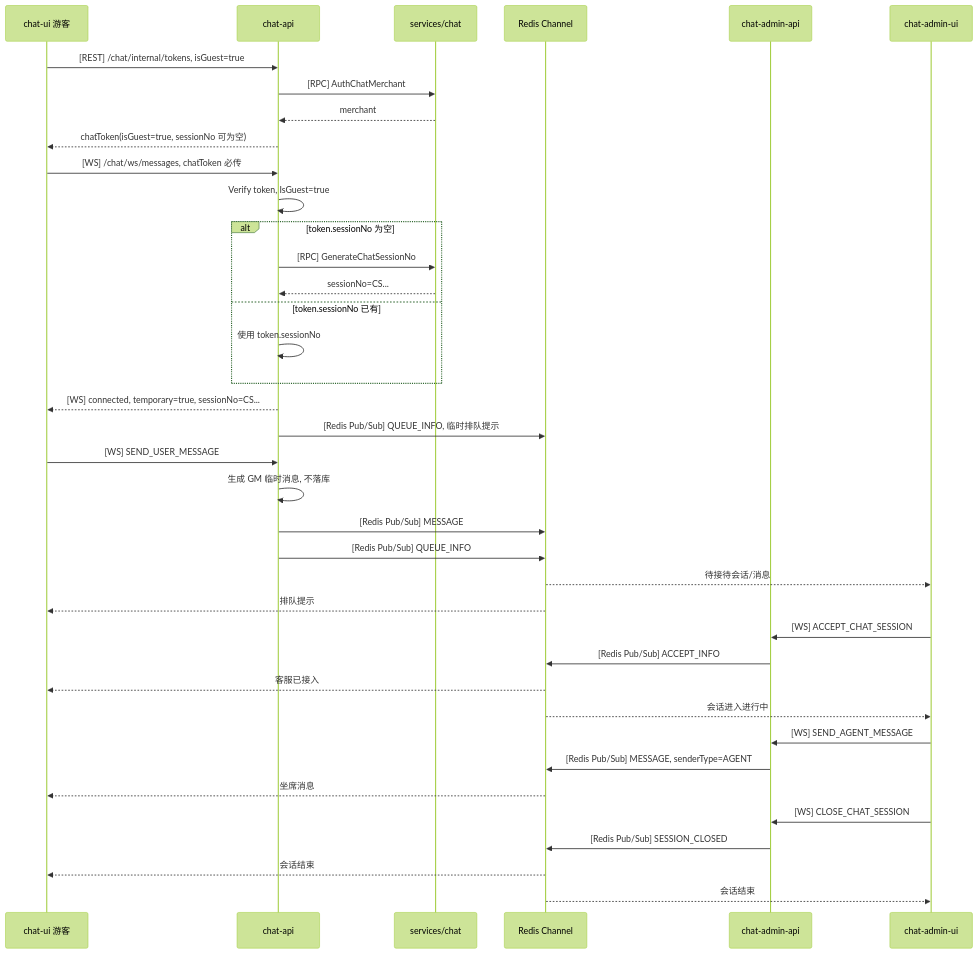
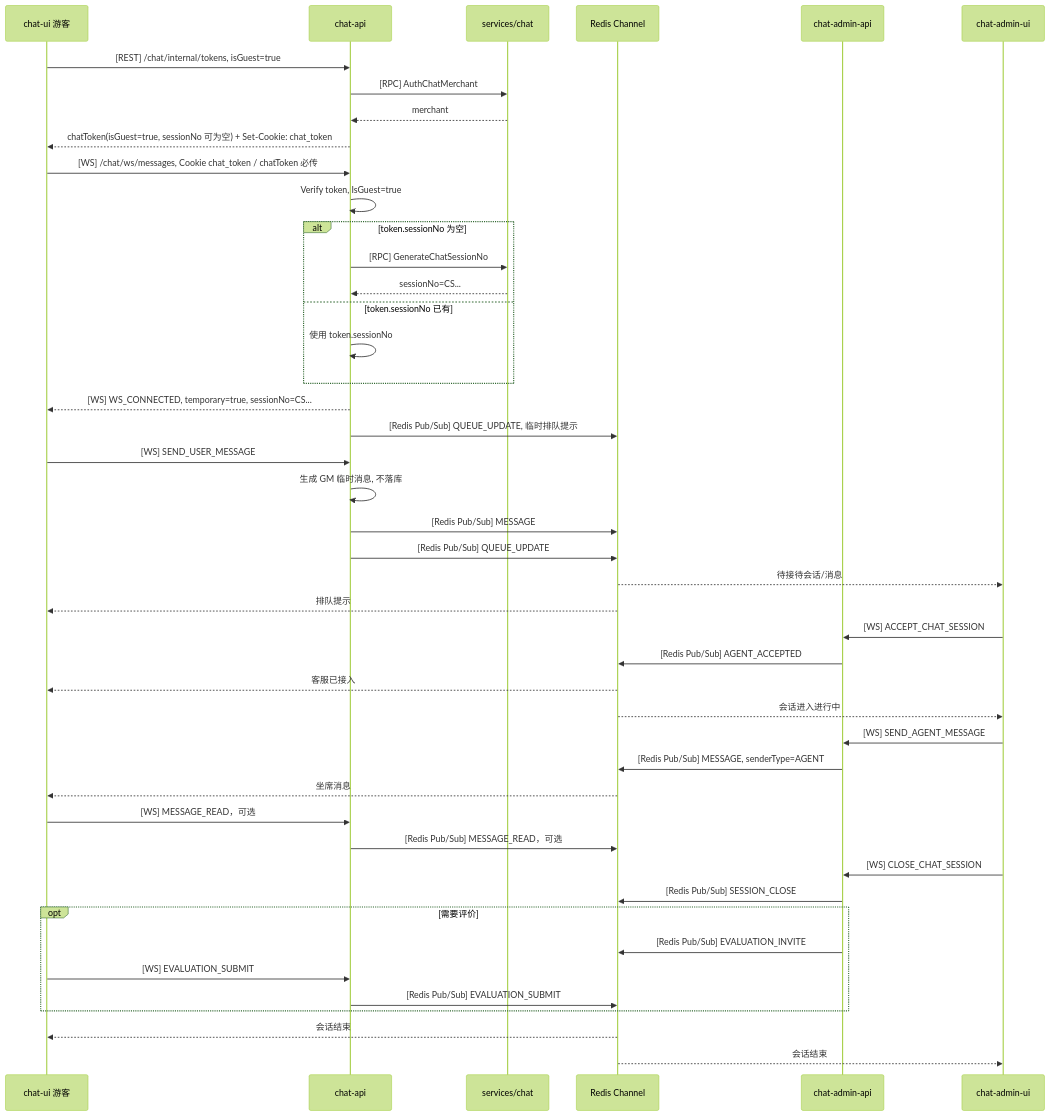
The second of 4 diagrams in services/chat/CHAT_FLOW.md (colbort/wklive), drawn with Mermaid (forest theme) before and after one commit. The commit also changed other lines of this file and 4 other files, not shown here.

````diff
--- a/services/chat/CHAT_FLOW.md
+++ b/services/chat/CHAT_FLOW.md
@@ -103,41 +114,48 @@
 ```mermaid
 sequenceDiagram
     participant U as chat-ui 游客
     participant CA as chat-api
     participant RPC as services/chat
     participant BUS as Redis Channel
     participant AA as chat-admin-api
     participant AU as chat-admin-ui
 
     U->>CA: [REST] /chat/internal/tokens, isGuest=true
     CA->>RPC: [RPC] AuthChatMerchant
     RPC-->>CA: merchant
-    CA-->>U: chatToken(isGuest=true, sessionNo 可为空)
-    U->>CA: [WS] /chat/ws/messages, chatToken 必传
+    CA-->>U: chatToken(isGuest=true, sessionNo 可为空) + Set-Cookie: chat_token
+    U->>CA: [WS] /chat/ws/messages, Cookie chat_token / chatToken 必传
     CA->>CA: Verify token, IsGuest=true
     alt token.sessionNo 为空
         CA->>RPC: [RPC] GenerateChatSessionNo
         RPC-->>CA: sessionNo=CS...
     else token.sessionNo 已有
         CA->>CA: 使用 token.sessionNo
     end
-    CA-->>U: [WS] connected, temporary=true, sessionNo=CS...
-    CA->>BUS: [Redis Pub/Sub] QUEUE_INFO, 临时排队提示
+    CA-->>U: [WS] WS_CONNECTED, temporary=true, sessionNo=CS...
+    CA->>BUS: [Redis Pub/Sub] QUEUE_UPDATE, 临时排队提示
     U->>CA: [WS] SEND_USER_MESSAGE
     CA->>CA: 生成 GM 临时消息, 不落库
     CA->>BUS: [Redis Pub/Sub] MESSAGE
-    CA->>BUS: [Redis Pub/Sub] QUEUE_INFO
+    CA->>BUS: [Redis Pub/Sub] QUEUE_UPDATE
     BUS-->>AU: 待接待会话/消息
     BUS-->>U: 排队提示
     AU->>AA: [WS] ACCEPT_CHAT_SESSION
-    AA->>BUS: [Redis Pub/Sub] ACCEPT_INFO
+    AA->>BUS: [Redis Pub/Sub] AGENT_ACCEPTED
     BUS-->>U: 客服已接入
     BUS-->>AU: 会话进入进行中
     AU->>AA: [WS] SEND_AGENT_MESSAGE
     AA->>BUS: [Redis Pub/Sub] MESSAGE, senderType=AGENT
     BUS-->>U: 坐席消息
+    U->>CA: [WS] MESSAGE_READ，可选
+    CA->>BUS: [Redis Pub/Sub] MESSAGE_READ，可选
     AU->>AA: [WS] CLOSE_CHAT_SESSION
-    AA->>BUS: [Redis Pub/Sub] SESSION_CLOSED
+    AA->>BUS: [Redis Pub/Sub] SESSION_CLOSE
+    opt 需要评价
+        AA->>BUS: [Redis Pub/Sub] EVALUATION_INVITE
+        U->>CA: [WS] EVALUATION_SUBMIT
+        CA->>BUS: [Redis Pub/Sub] EVALUATION_SUBMIT
+    end
     BUS-->>U: 会话结束
     BUS-->>AU: 会话结束
 ```
````
